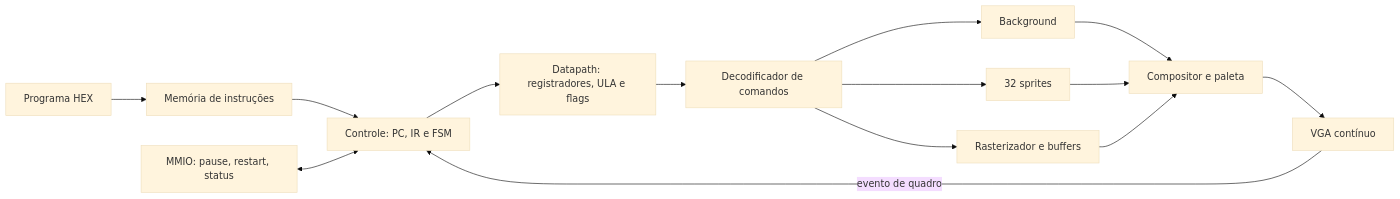
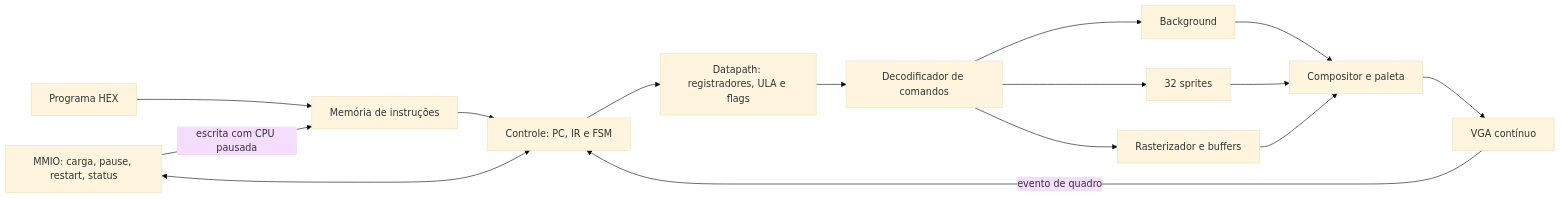
The diagram in README.md (mailsonalves/PBL2SD), drawn with Mermaid (base theme) before and after one commit. The commit also changed other lines of this file and 34 other files, not shown here.

Commit message:
Adiciona carga MMIO e verifica renderizacao generica do PBL2

````diff
--- a/README.md
+++ b/README.md
@@ -23,16 +23,17 @@
 ```mermaid
 flowchart LR
   HEX[Programa HEX] --> IM[Memória de instruções]
   IM --> UC[Controle: PC, IR e FSM]
   UC --> DP[Datapath: registradores, ULA e flags]
   DP --> DEC[Decodificador de comandos]
   DEC --> BG[Background]
   DEC --> SPR[32 sprites]
   DEC --> POL[Rasterizador e buffers]
   BG --> COMP[Compositor e paleta]
   SPR --> COMP
   POL --> COMP
   COMP --> VGA[VGA contínuo]
   VGA -->|evento de quadro| UC
-  MMIO[MMIO: pause, restart, status] <--> UC
+  MMIO[MMIO: carga, pause, restart, status] <--> UC
+  MMIO -->|escrita com CPU pausada| IM
 ```
````
